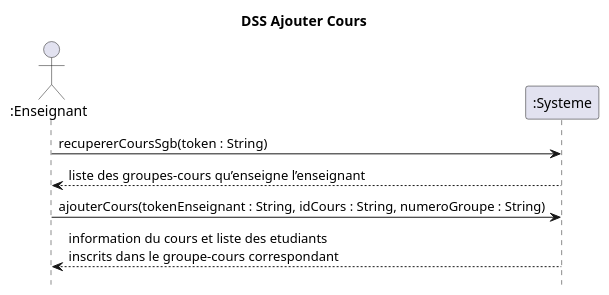
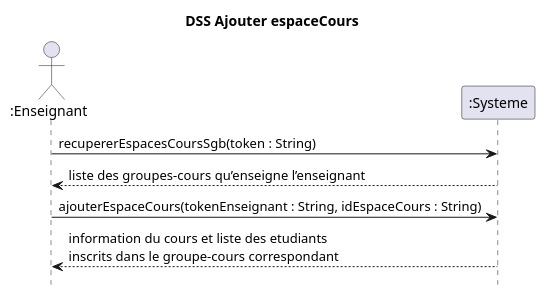
The diagram in docs/Ajouter cours/DSS_Ajouter_Cours.puml (nerdz88/SGA-TS), drawn with PlantUML before and after one commit. The commit also changed 39 other files, not shown here.

```diff
--- a/docs/Ajouter cours/DSS_Ajouter_Cours.puml
+++ b/docs/Ajouter cours/DSS_Ajouter_Cours.puml
@@ -1,11 +1,11 @@
 @startuml DSS_Ajouter_Cours_Succes
-title DSS Ajouter Cours
+title DSS Ajouter espaceCours
 hide footbox
 actor ":Enseignant" as prof
 participant ":Systeme" as sys
 
-prof -> sys : recupererCoursSgb(token : String)
+prof -> sys : recupererEspacesCoursSgb(token : String)
 sys --> prof : liste des groupes-cours qu’enseigne l’enseignant
-prof -> sys : ajouterCours(tokenEnseignant : String, idCours : String, numeroGroupe : String)
+prof -> sys : ajouterEspaceCours(tokenEnseignant : String, idEspaceCours : String)
 sys --> prof : information du cours et liste des etudiants\ninscrits dans le groupe-cours correspondant
 @enduml
```
